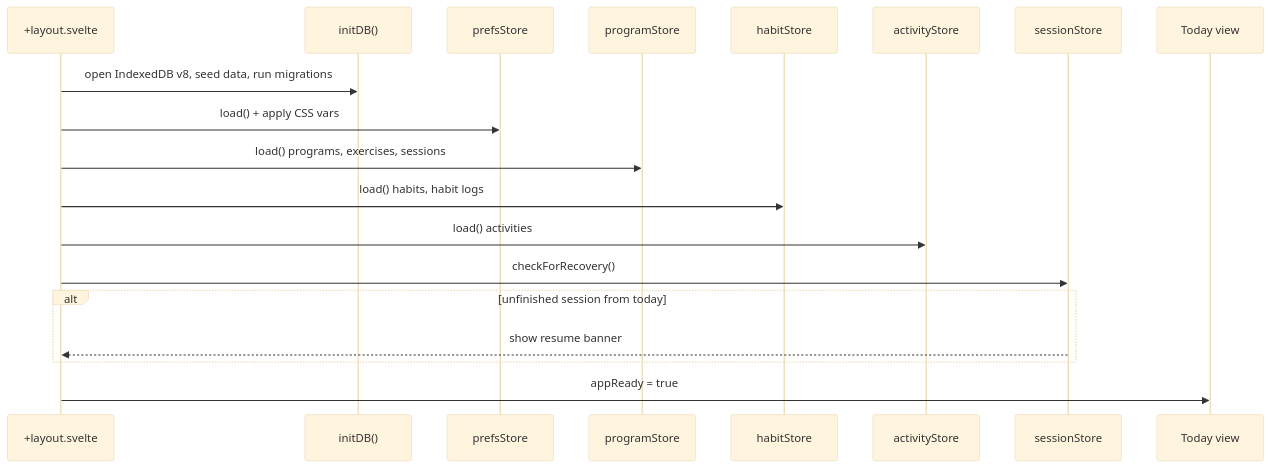
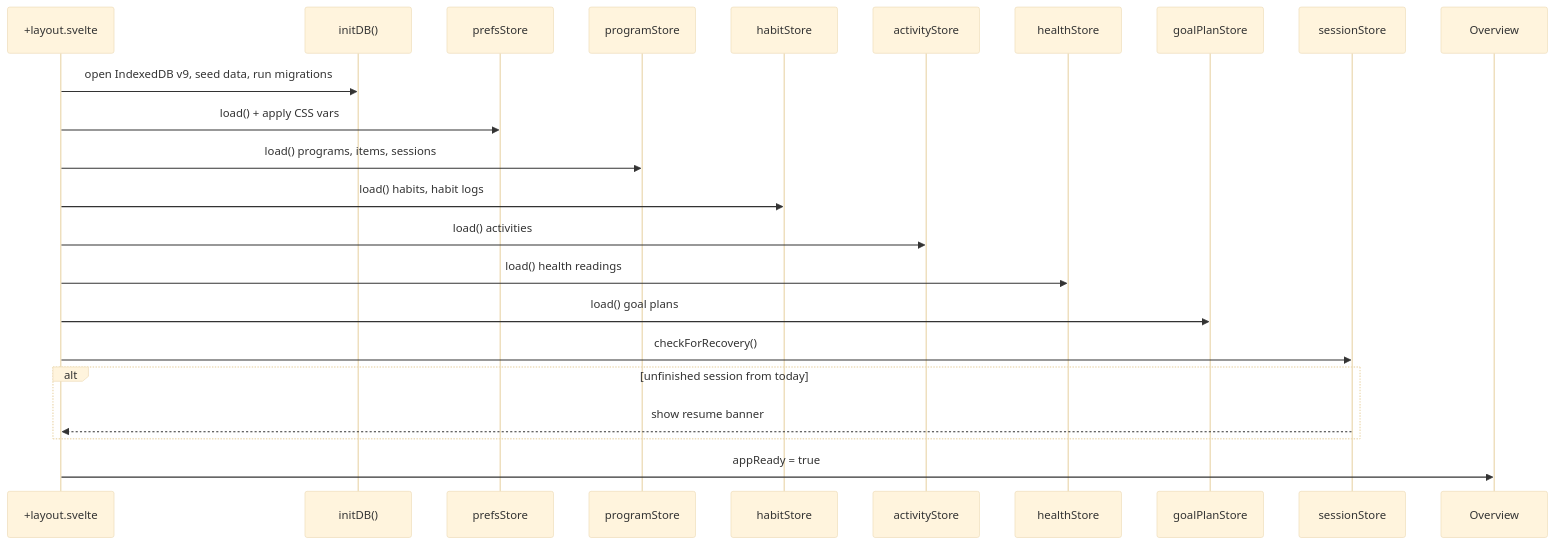
Before and after one commit to jermbo/CosmicWorkOut: the third of 6 diagrams in docs/architecture/overview.md, drawn with Mermaid (base theme). The commit also changed other lines of this file and 15 other files, not shown here.

First line of the commit message:
Enhance documentation and add new scripts for goal progression plans

````diff
--- a/docs/architecture/overview.md
+++ b/docs/architecture/overview.md
@@ -82,22 +82,26 @@
 ```mermaid
 sequenceDiagram
     participant Layout as +layout.svelte
     participant DB as initDB()
     participant Prefs as prefsStore
     participant Prog as programStore
     participant Hab as habitStore
     participant Act as activityStore
+    participant He as healthStore
+    participant GP as goalPlanStore
     participant Sess as sessionStore
-    participant UI as Today view
+    participant UI as Overview
 
-    Layout->>DB: open IndexedDB v8, seed data, run migrations
+    Layout->>DB: open IndexedDB v9, seed data, run migrations
     Layout->>Prefs: load() + apply CSS vars
-    Layout->>Prog: load() programs, exercises, sessions
+    Layout->>Prog: load() programs, items, sessions
     Layout->>Hab: load() habits, habit logs
     Layout->>Act: load() activities
+    Layout->>He: load() health readings
+    Layout->>GP: load() goal plans
     Layout->>Sess: checkForRecovery()
     alt unfinished session from today
         Sess-->>Layout: show resume banner
     end
     Layout->>UI: appReady = true
 ```
````
